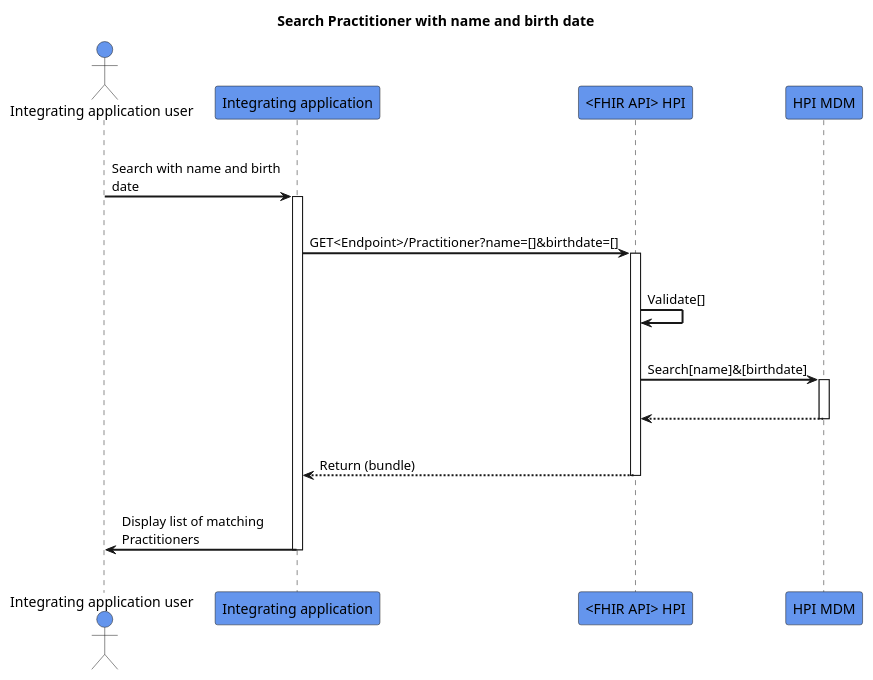
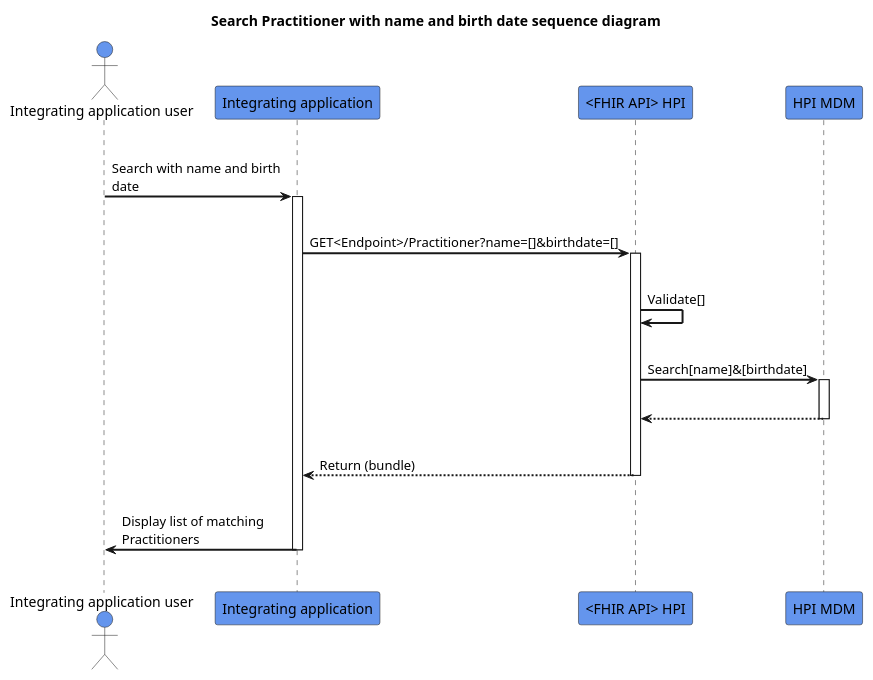
The diagram in input/images-source/search-practitionerwithnamebirthdate.plantuml (HL7NZ/hpi), drawn with PlantUML before and after one commit.

```diff
--- a/input/images-source/search-practitionerwithnamebirthdate.plantuml
+++ b/input/images-source/search-practitionerwithnamebirthdate.plantuml
@@ -1,32 +1,32 @@
 @startuml
 skinparam sequenceArrowThickness 2
 skinparam roundcorner 5
 skinparam maxmessagesize 180
 skinparam sequenceParticipant bold
-title Search Practitioner with name and birth date
+title Search Practitioner with name and birth date sequence diagram
 actor "Integrating application user" as User #CornflowerBlue
 participant "Integrating application" as A #CornflowerBlue
 participant "<FHIR API> HPI" as B #CornflowerBlue
 participant "HPI MDM" as C #CornflowerBlue
 |||
 User -> A: Search with name and birth date
 activate A
 |||
 A -> B: GET<Endpoint>/Practitioner?name=[]&birthdate=[]
 activate B
 |||
 B -> B: Validate[]
 |||
 B -> C: Search[name]&[birthdate]
 activate C
 |||
 C -[dashed]-> B:  
 deactivate C
 |||
 B -[dashed]-> A:Return (bundle)
 deactivate B
 |||
 A -> User: Display list of matching Practitioners
 deactivate A
 |||
 @enduml
```
